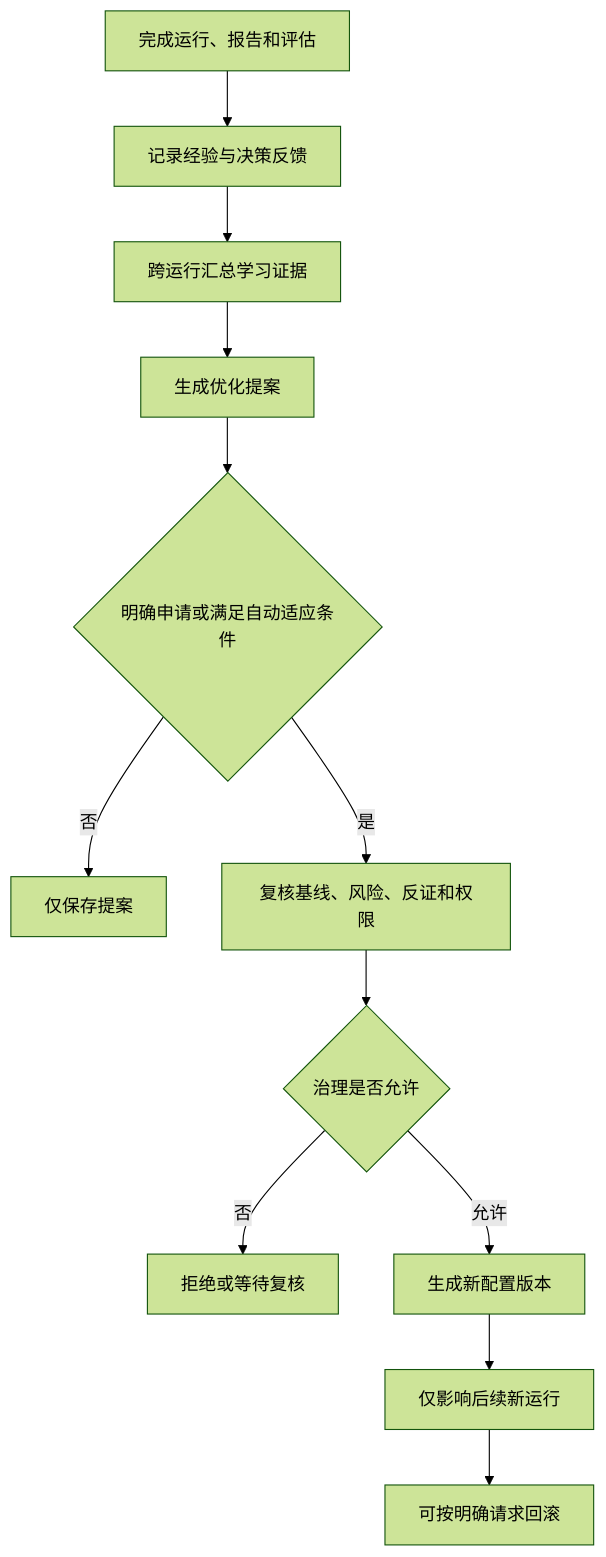
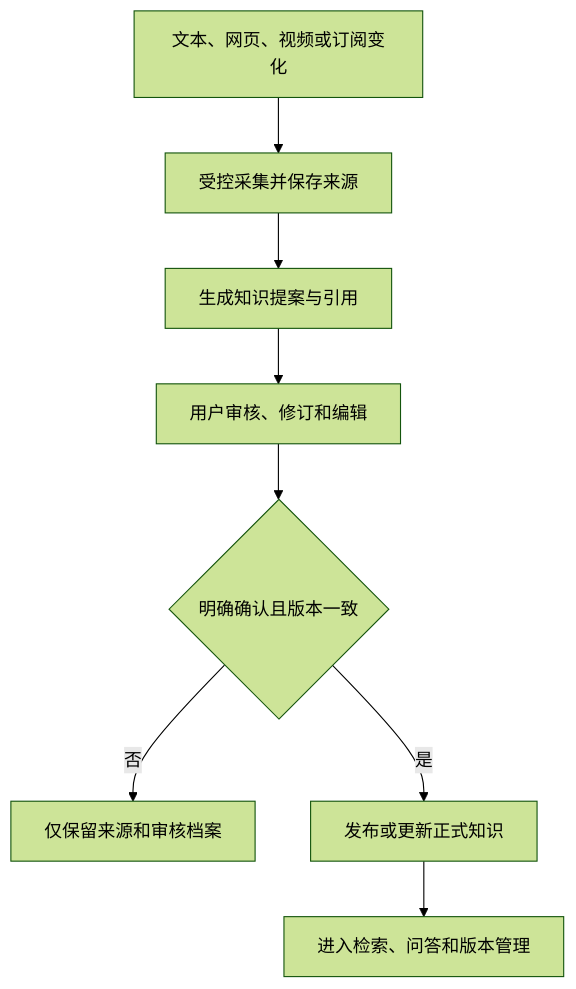
Before and after one commit to hych0317/Adaptive-Agent-Runtime: the eighth of 8 diagrams in docs/系统功能设计说明.md, drawn with Mermaid (forest theme). The commit also changed other lines of this file and 38 other files, not shown here.

````diff
--- a/docs/系统功能设计说明.md
+++ b/docs/系统功能设计说明.md
@@ -587,14 +744,10 @@
 ```mermaid
 flowchart TD
-    A["完成运行、报告和评估"] --> B["记录经验与决策反馈"]
-    B --> C["跨运行汇总学习证据"]
-    C --> D["生成优化提案"]
-    D --> E{"明确申请或满足自动适应条件"}
-    E -- "否" --> F["仅保存提案"]
-    E -- "是" --> G["复核基线、风险、反证和权限"]
-    G --> H{"治理是否允许"}
-    H -- "否" --> I["拒绝或等待复核"]
-    H -- "允许" --> J["生成新配置版本"]
-    J --> K["仅影响后续新运行"]
-    K --> L["可按明确请求回滚"]
+    A["文本、网页、视频或订阅变化"] --> B["受控采集并保存来源"]
+    B --> C["生成知识提案与引用"]
+    C --> D["用户审核、修订和编辑"]
+    D --> E{"明确确认且版本一致"}
+    E -- "否" --> F["仅保留来源和审核档案"]
+    E -- "是" --> G["发布或更新正式知识"]
+    G --> H["进入检索、问答和版本管理"]
 ```
````
